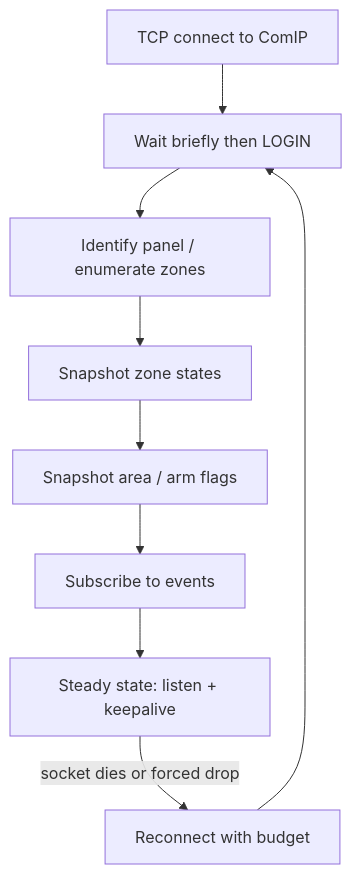
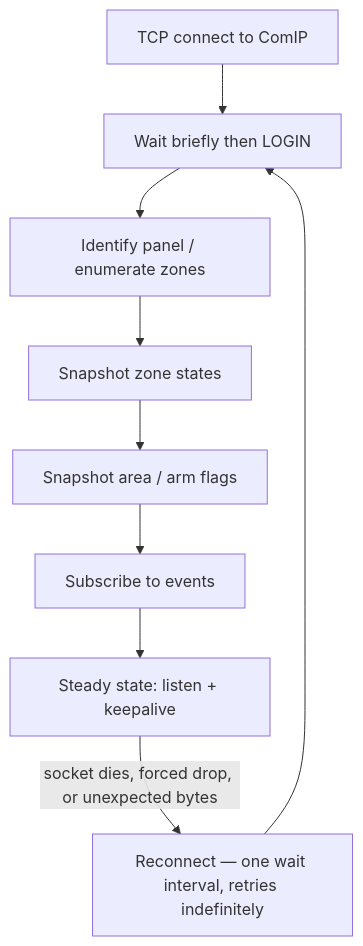
The second of 6 diagrams in docs/protocol-overview.md (michaelmarconi/texecom_alarm), drawn with Mermaid before and after one commit. The commit also changed other lines of this file and 3 other files, not shown here.

````diff
--- a/docs/protocol-overview.md
+++ b/docs/protocol-overview.md
@@ -35,11 +35,11 @@
 ```mermaid
 flowchart TD
   A[TCP connect to ComIP] --> B[Wait briefly then LOGIN]
   B --> C[Identify panel / enumerate zones]
   C --> D[Snapshot zone states]
   D --> E[Snapshot area / arm flags]
   E --> F[Subscribe to events]
   F --> G[Steady state: listen + keepalive]
-  G -->|socket dies or forced drop| H[Reconnect with budget]
+  G -->|socket dies, forced drop, or unexpected bytes| H[Reconnect — one wait interval, retries indefinitely]
   H --> B
 ```
````
